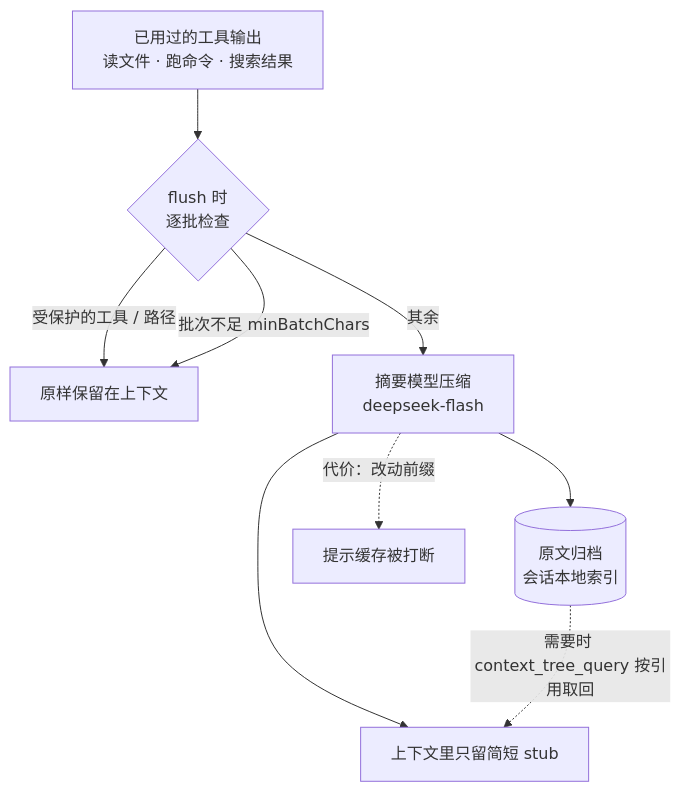
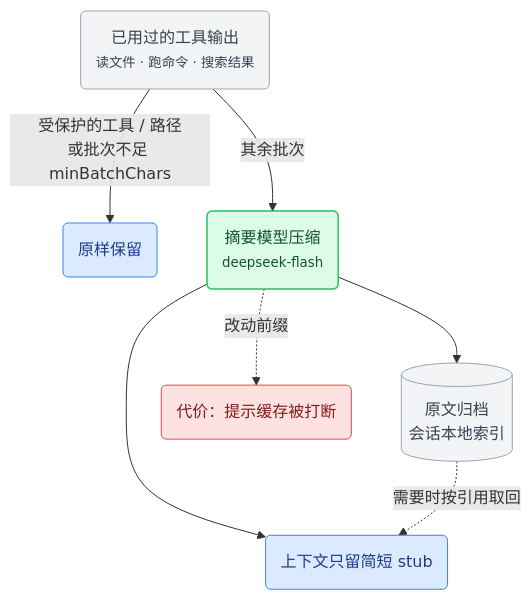
The fourth of 5 diagrams in drafts/mermaid-草图.md (Jerry2003sky/pi-playbook), drawn with Mermaid before and after one commit. The commit also changed other lines of this file, not shown here.

Commit message:
docs: 草图按角色上色、精简布局，补整体架构图

````diff
--- a/drafts/mermaid-草图.md
+++ b/drafts/mermaid-草图.md
@@ -61,14 +84,19 @@
 ```mermaid
 flowchart TB
-    A["已用过的工具输出<br/>读文件 · 跑命令 · 搜索结果"] --> F{"flush 时<br/>逐批检查"}
+    A("已用过的工具输出<br/><small>读文件 · 跑命令 · 搜索结果</small>")
+    A -- 受保护的工具 / 路径<br/>或批次不足 minBatchChars --> K("原样保留")
+    A -- 其余批次 --> P("摘要模型压缩<br/><small>deepseek-flash</small>")
+    P --> C("上下文只留简短 stub")
+    P --> I[("原文归档<br/>会话本地索引")]
+    I -. 需要时按引用取回 .-> C
+    P -. 改动前缀 .-> X("代价：提示缓存被打断")
 
-    F -- "受保护的工具 / 路径" --> K["原样保留在上下文"]
-    F -- "批次不足 minBatchChars" --> K
-    F -- "其余" --> P["摘要模型压缩<br/>deepseek-flash"]
-
-    P --> C["上下文里只留简短 stub"]
-    P --> I[("原文归档<br/>会话本地索引")]
-    I -. "需要时 context_tree_query 按引用取回" .-> C
-
-    P -. "代价：改动前缀" .-> X["提示缓存被打断"]
+    classDef base fill:#f3f4f6,stroke:#9ca3af,color:#374151
+    classDef keep fill:#dbeafe,stroke:#3b82f6,color:#1e3a8a
+    classDef cheapN fill:#dcfce7,stroke:#22c55e,stroke-width:1.5px,color:#14532d
+    classDef cost fill:#fee2e2,stroke:#ef4444,color:#7f1d1d
+    class A,I base
+    class K,C keep
+    class P cheapN
+    class X cost
 ```
````
